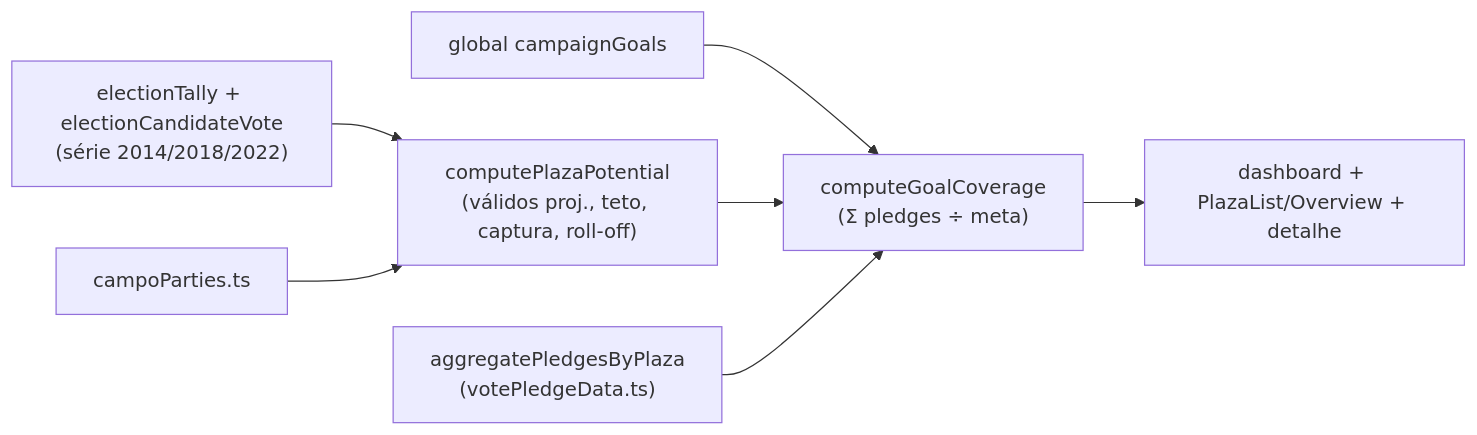
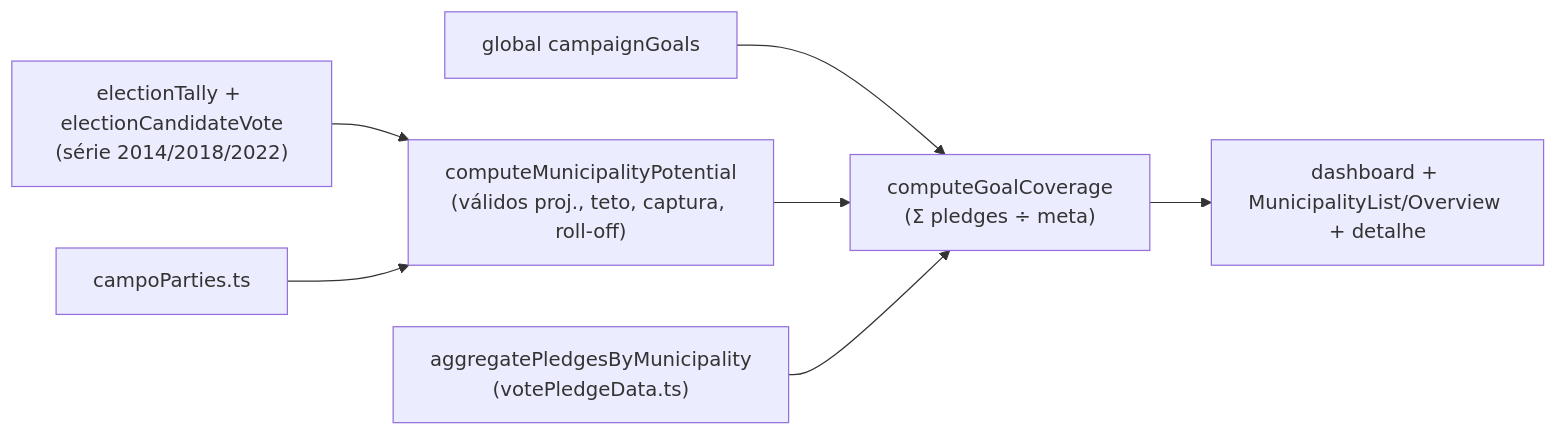
The diagram in docs/plans/conta-da-cadeira.md (fsolla/teqo), drawn with Mermaid before and after one commit. The commit also changed other lines of this file and 41 other files, not shown here.

````diff
--- a/docs/plans/conta-da-cadeira.md
+++ b/docs/plans/conta-da-cadeira.md
@@ -49,16 +49,16 @@
 ```mermaid
 flowchart LR
     Tally["electionTally + electionCandidateVote<br/>(série 2014/2018/2022)"]
     Campo["campoParties.ts"]
     Goals["global campaignGoals"]
-    Pot["computePlazaPotential<br/>(válidos proj., teto, captura, roll-off)"]
+    Pot["computeMunicipalityPotential<br/>(válidos proj., teto, captura, roll-off)"]
     Cov["computeGoalCoverage<br/>(Σ pledges ÷ meta)"]
-    Pledges["aggregatePledgesByPlaza<br/>(votePledgeData.ts)"]
-    UI["dashboard + PlazaList/Overview + detalhe"]
+    Pledges["aggregatePledgesByMunicipality<br/>(votePledgeData.ts)"]
+    UI["dashboard + MunicipalityList/Overview + detalhe"]
     Tally --> Pot
     Campo --> Pot
     Goals --> Cov
     Pot --> Cov
     Pledges --> Cov
     Cov --> UI
 ```
````
